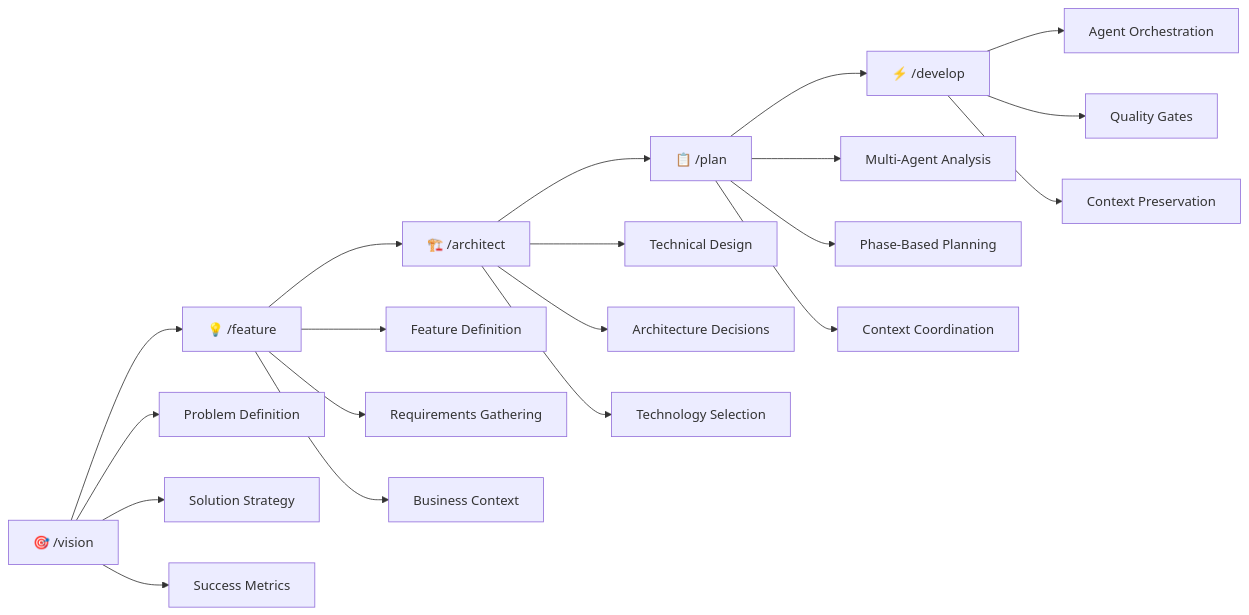
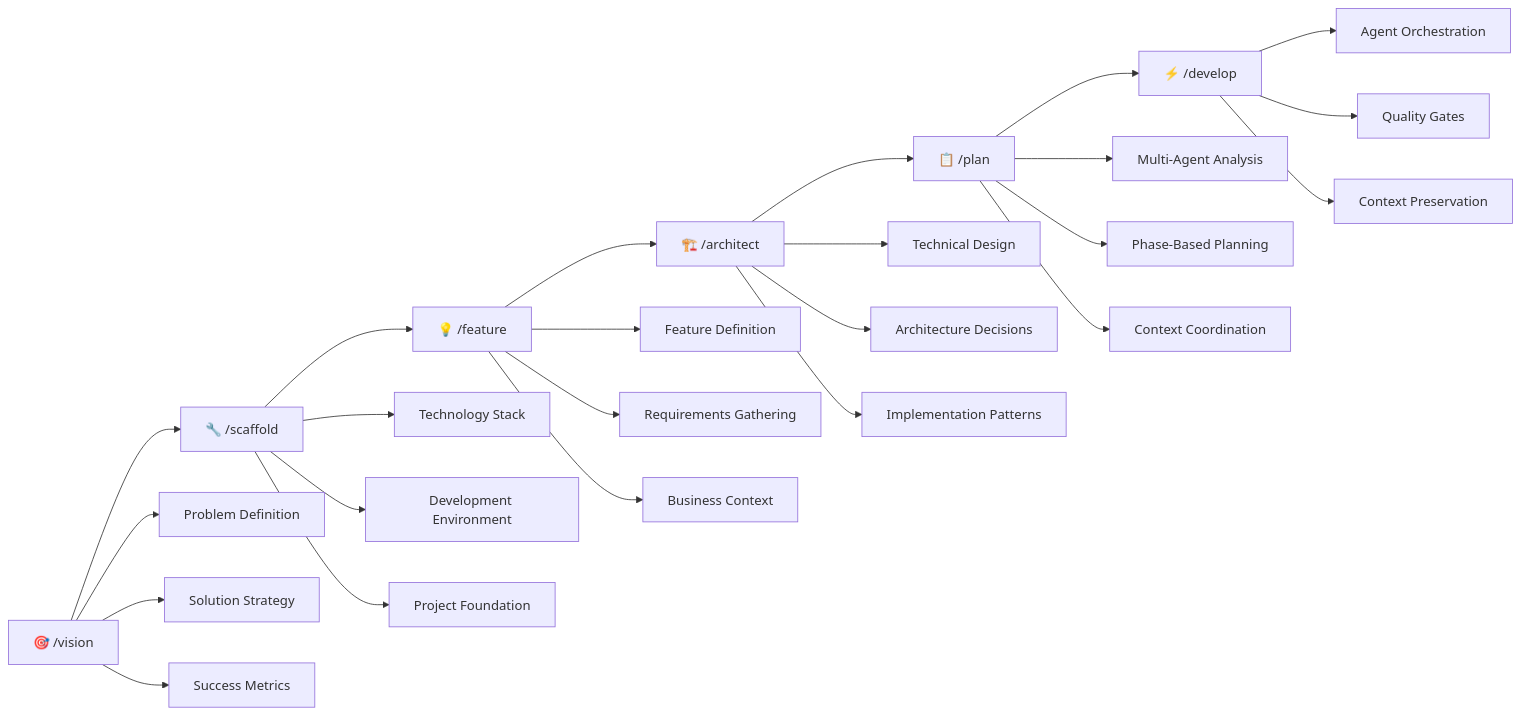
Before and after one commit to TaylorHuston/ai-coding-template: the diagram in README.md, drawn with Mermaid. The commit also changed other lines of this file and 6 other files, not shown here.

First line of the commit message:
feat: add /scaffold command for foundation-first development workflow

````diff
--- a/README.md
+++ b/README.md
@@ -52,24 +54,28 @@
 ```mermaid
 graph LR
-    V[🎯 /vision] --> A[💡 /feature] --> B[🏗️ /architect] --> C[📋 /plan] --> D[⚡ /develop]
+    V[🎯 /vision] --> S[🔧 /scaffold] --> A[💡 /feature] --> B[🏗️ /architect] --> C[📋 /plan] --> D[⚡ /develop]
 
     V --> V1[Problem Definition]
     V --> V2[Solution Strategy]
     V --> V3[Success Metrics]
+
+    S --> S1[Technology Stack]
+    S --> S2[Development Environment]
+    S --> S3[Project Foundation]
 
     A --> A1[Feature Definition]
     A --> A2[Requirements Gathering]
     A --> A3[Business Context]
 
     B --> B1[Technical Design]
     B --> B2[Architecture Decisions]
-    B --> B3[Technology Selection]
+    B --> B3[Implementation Patterns]
 
     C --> C1[Multi-Agent Analysis]
     C --> C2[Phase-Based Planning]
     C --> C3[Context Coordination]
 
     D --> D1[Agent Orchestration]
     D --> D2[Quality Gates]
     D --> D3[Context Preservation]
 ```
````
